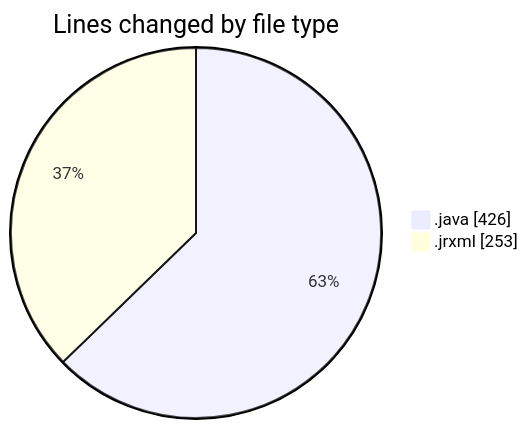
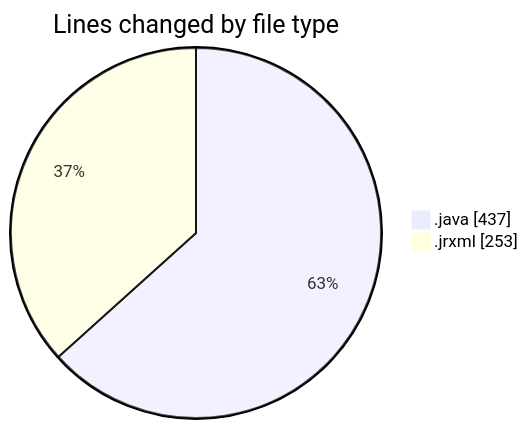
Before and after one commit to ricardozamudiocil/code-tracking: the first of 2 diagrams in 2026-03-01/cilreports__workspace_/README.md, drawn with Mermaid. The commit also changed other lines of this file and 1 other file, not shown here.

````diff
--- a/2026-03-01/cilreports__workspace_/README.md
+++ b/2026-03-01/cilreports__workspace_/README.md
@@ -25,6 +25,6 @@
 ```mermaid
 pie showData
 title Lines changed by file type
-".java" : 426
+".java" : 437
 ".jrxml" : 253
 ```
````
